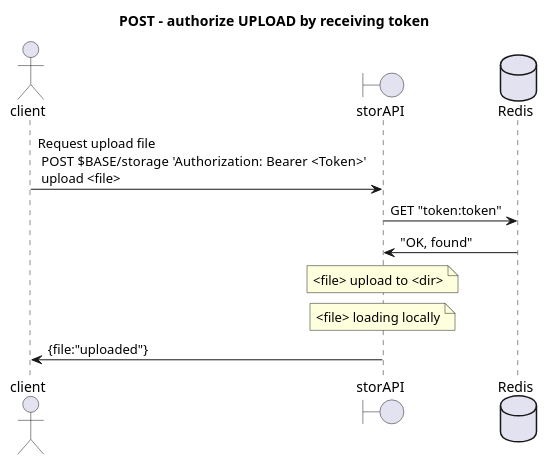
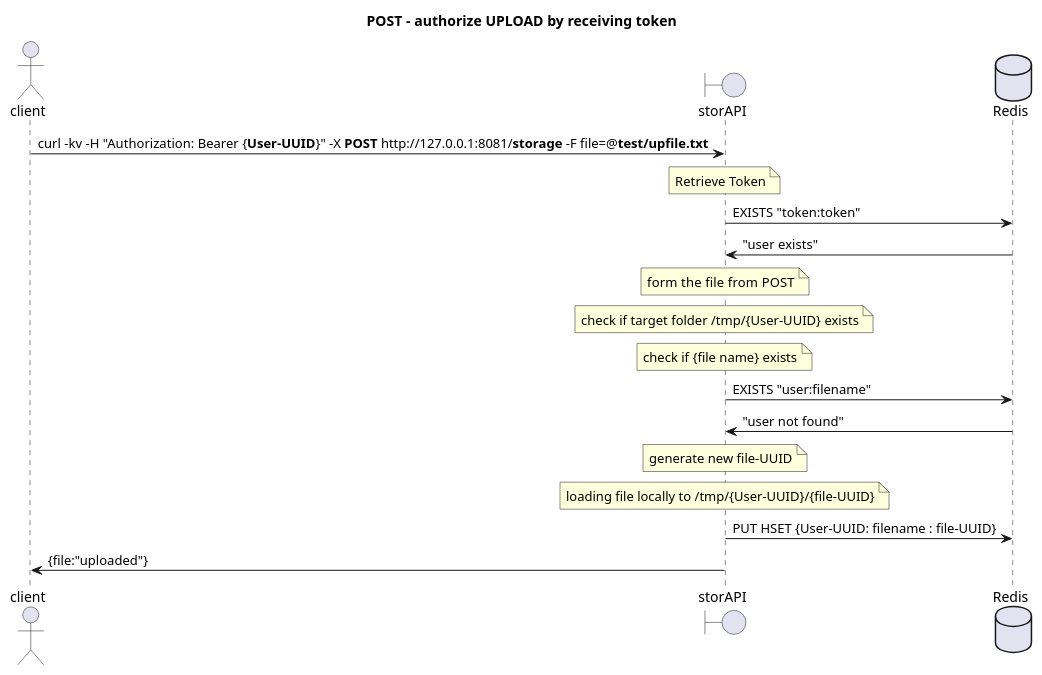
One commit to doctorlev/api-toughy changed the diagram in Docs/5-POST_file-upload.plantuml. Above: the diagram before and after it, drawn with PlantUML. The commit also changed 4 other files, not shown here.

```diff
--- a/Docs/5-POST_file-upload.plantuml
+++ b/Docs/5-POST_file-upload.plantuml
@@ -1,18 +1,24 @@
 @startuml
 
 title "POST - authorize UPLOAD by receiving token"
 
 actor client
 boundary "storAPI"
 database Redis
 
-client -> storAPI : Request upload file \n POST  $BASE/storage 'Authorization: Bearer <Token>'\n upload <file>
-storAPI -> Redis : GET "token:token"
-Redis -> storAPI : "OK, found"
-note over storAPI: <file> upload to <dir>
+client -> storAPI : curl -kv -H "Authorization: Bearer {<b>User-UUID</b>}" -X <b>POST</b> http://127.0.0.1:8081/<b>storage</b> -F file=@<b>test/upfile.txt</b>
+note over storAPI: Retrieve Token
+storAPI -> Redis : EXISTS "token:token"
+Redis -> storAPI : "user exists"
+note over storAPI: form the file from  POST
+note over storAPI: check if target folder /tmp/{User-UUID} exists
+note over storAPI: check if {file name} exists
+storAPI -> Redis : EXISTS "user:filename"
+Redis -> storAPI : "user not found"
+note over storAPI: generate new file-UUID
 
-note over storAPI: <file> loading locally
-
+note over storAPI: loading file locally to /tmp/{User-UUID}/{file-UUID}
+storAPI -> Redis : PUT HSET {User-UUID: filename : file-UUID}
 storAPI-> client : {file:"uploaded"}
 
 @enduml
```
